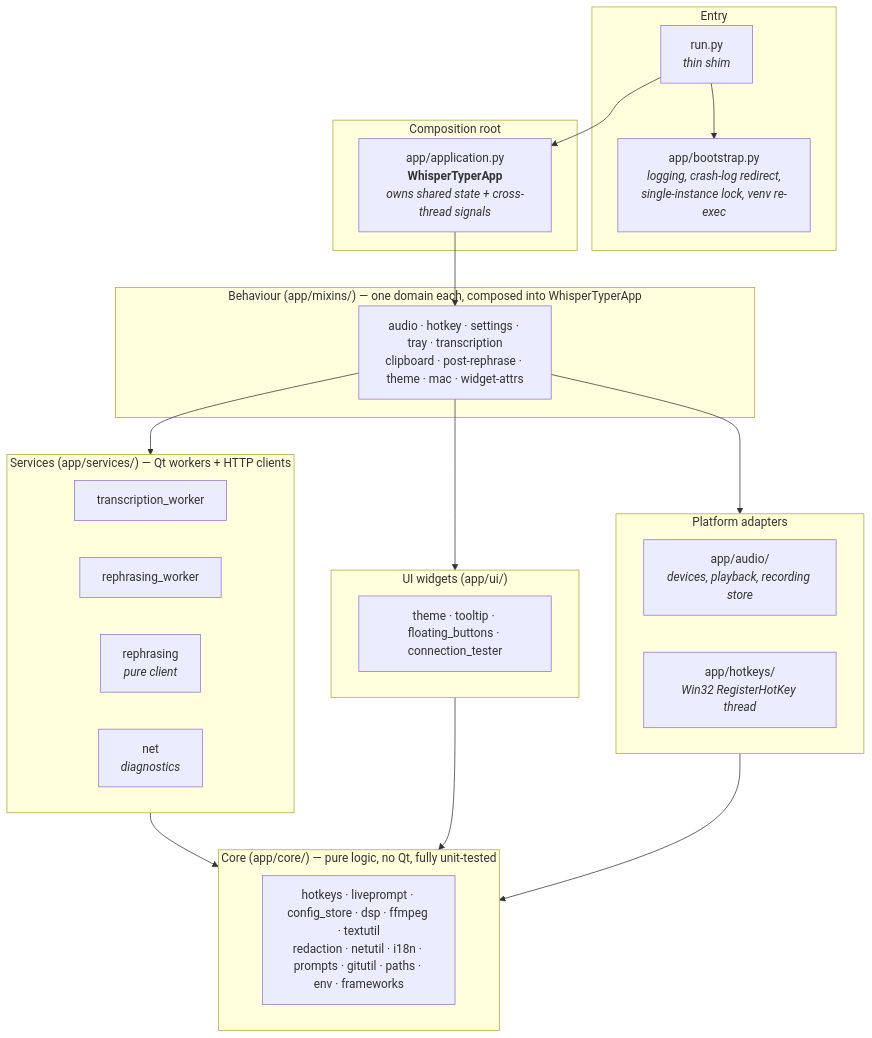
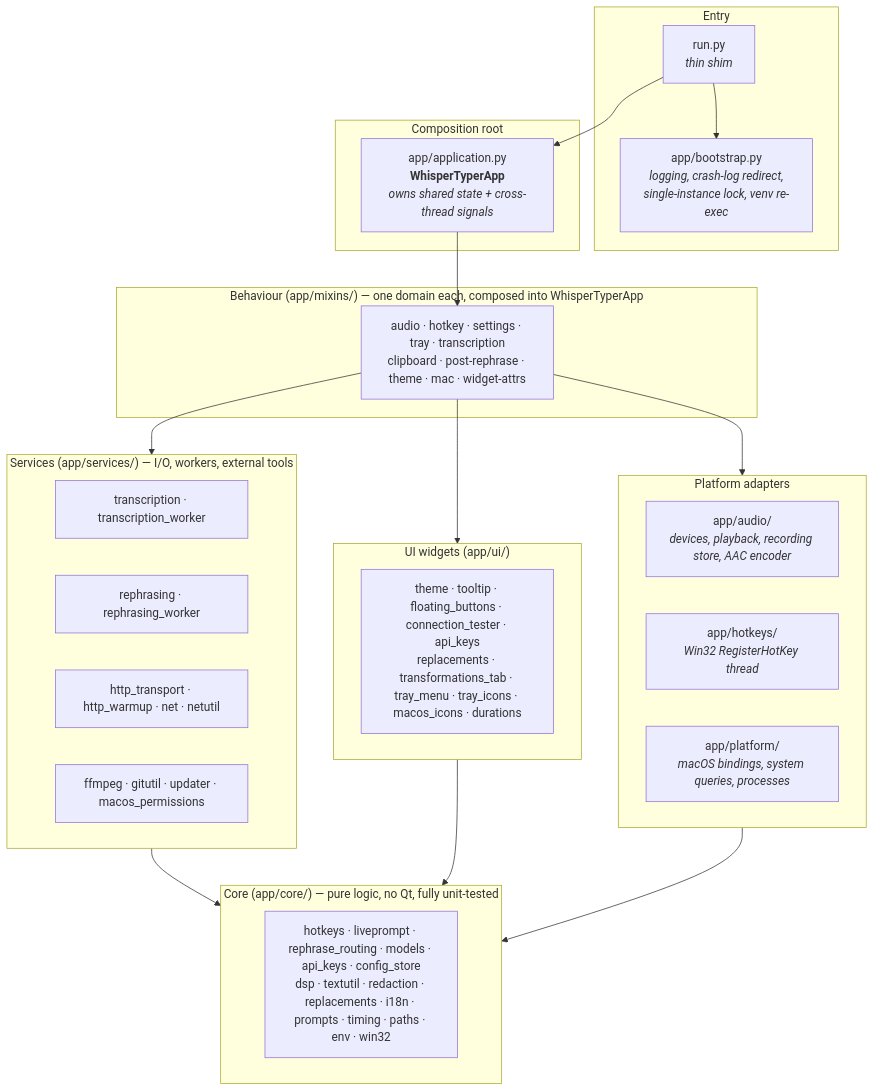
One commit to bjspi/WhisperTyper changed the first of 2 diagrams in docs/ARCHITECTURE.md. Above: the diagram before and after it, drawn with Mermaid. The commit also changed other lines of this file and 81 other files, not shown here.

First line of the commit message:
refactor: split audio, clipboard, settings, tray and routing into layered modules

````diff
--- a/docs/ARCHITECTURE.md
+++ b/docs/ARCHITECTURE.md
@@ -15,45 +15,46 @@
 ```mermaid
 flowchart TB
     subgraph entry ["Entry"]
         RUN["run.py<br/><i>thin shim</i>"]
         BOOT["app/bootstrap.py<br/><i>logging, crash-log redirect,<br/>single-instance lock, venv re-exec</i>"]
     end
 
     subgraph comp ["Composition root"]
         APP["app/application.py<br/><b>WhisperTyperApp</b><br/><i>owns shared state + cross-thread signals</i>"]
     end
 
     subgraph mixins ["Behaviour (app/mixins/) — one domain each, composed into WhisperTyperApp"]
         MIX["audio · hotkey · settings · tray · transcription<br/>clipboard · post-rephrase · theme · mac · widget-attrs"]
     end
 
-    subgraph services ["Services (app/services/) — Qt workers + HTTP clients"]
-        TW["transcription_worker"]
-        RW["rephrasing_worker"]
-        RP["rephrasing<br/><i>pure client</i>"]
-        NET["net<br/><i>diagnostics</i>"]
+    subgraph services ["Services (app/services/) — I/O, workers, external tools"]
+        TW["transcription · transcription_worker"]
+        RW["rephrasing · rephrasing_worker"]
+        NET["http_transport · http_warmup · net · netutil"]
+        TOOLS["ffmpeg · gitutil · updater · macos_permissions"]
     end
 
     subgraph ui ["UI widgets (app/ui/)"]
-        UIW["theme · tooltip · floating_buttons · connection_tester"]
+        UIW["theme · tooltip · floating_buttons · connection_tester · api_keys<br/>replacements · transformations_tab · tray_menu · tray_icons · macos_icons · durations"]
     end
 
     subgraph platform ["Platform adapters"]
-        AUD["app/audio/<br/><i>devices, playback, recording store</i>"]
+        AUD["app/audio/<br/><i>devices, playback, recording store, AAC encoder</i>"]
         HK["app/hotkeys/<br/><i>Win32 RegisterHotKey thread</i>"]
+        OS["app/platform/<br/><i>macOS bindings, system queries, processes</i>"]
     end
 
     subgraph core ["Core (app/core/) — pure logic, no Qt, fully unit-tested"]
-        CORE["hotkeys · liveprompt · config_store · dsp · ffmpeg · textutil<br/>redaction · netutil · i18n · prompts · gitutil · paths · env · frameworks"]
+        CORE["hotkeys · liveprompt · rephrase_routing · models · api_keys · config_store<br/>dsp · textutil · redaction · replacements · i18n · prompts · timing · paths · env · win32"]
     end
 
     RUN --> BOOT
     RUN --> APP
     APP --> MIX
     MIX --> services
     MIX --> ui
     MIX --> platform
     services --> core
     ui --> core
     platform --> core
 ```
````
